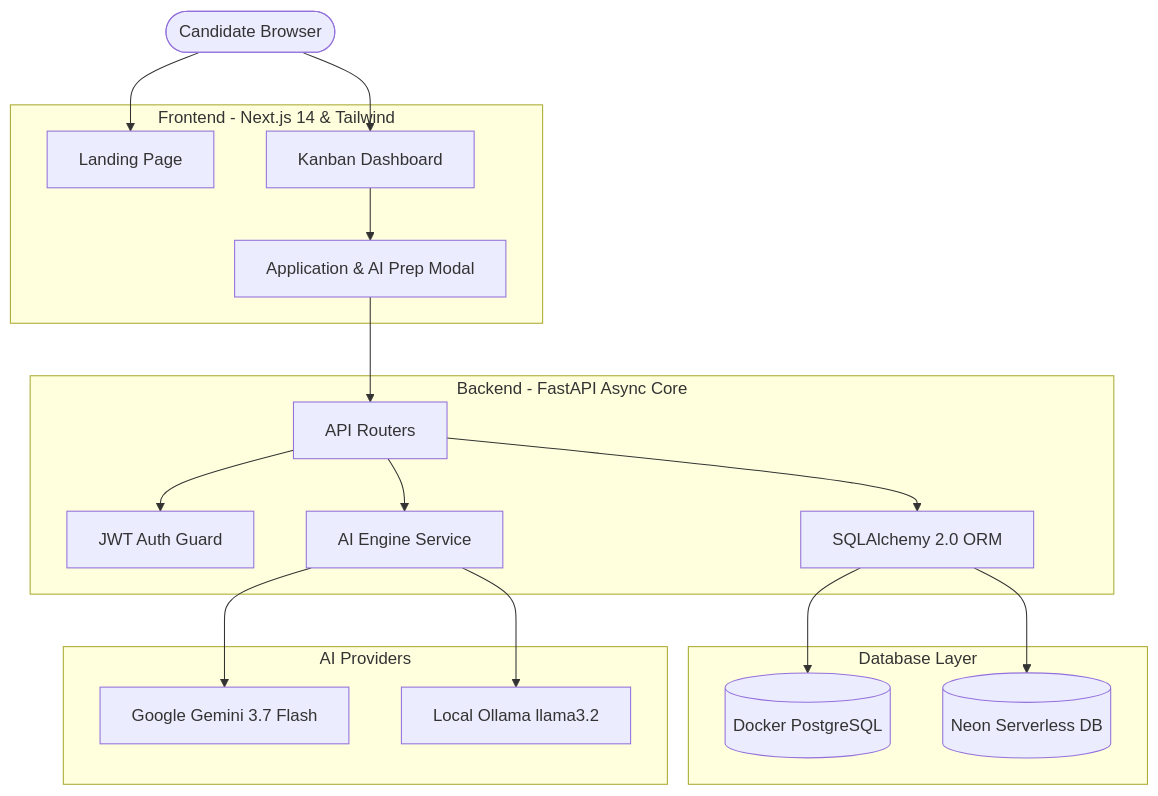
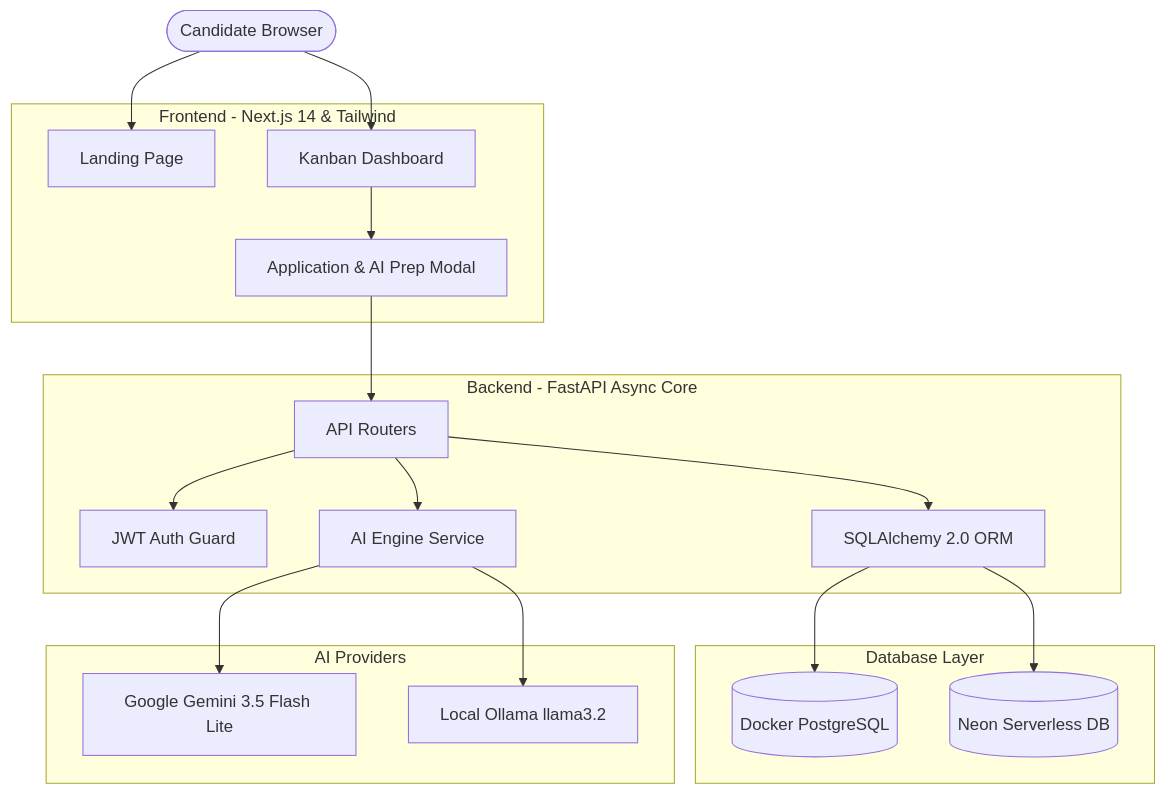
The diagram in README.md (AdnanGhani07/TrackJob), drawn with Mermaid before and after one commit.

Commit message:
Update Google Gemini version in README

````diff
--- a/README.md
+++ b/README.md
@@ -40,39 +40,39 @@
 ```mermaid
 flowchart TD
     User([Candidate Browser])
     
     subgraph FE[Frontend - Next.js 14 & Tailwind]
         Landing[Landing Page]
         Dashboard[Kanban Dashboard]
         DetailModal[Application & AI Prep Modal]
     end
     
     subgraph BE[Backend - FastAPI Async Core]
         Router[API Routers]
         AuthGuard[JWT Auth Guard]
         AIService[AI Engine Service]
         ORM[SQLAlchemy 2.0 ORM]
     end
     
     subgraph DB[Database Layer]
         LocalDB[(Docker PostgreSQL)]
         NeonDB[(Neon Serverless DB)]
     end
     
     subgraph AI[AI Providers]
-        Gemini[Google Gemini 3.7 Flash]
+        Gemini[Google Gemini 3.5 Flash Lite]
         Ollama[Local Ollama llama3.2]
     end
 
     User --> Landing
     User --> Dashboard
     Dashboard --> DetailModal
     DetailModal --> Router
     Router --> AuthGuard
     Router --> AIService
     Router --> ORM
     AIService --> Gemini
     AIService --> Ollama
     ORM --> LocalDB
     ORM --> NeonDB
 ```
````
